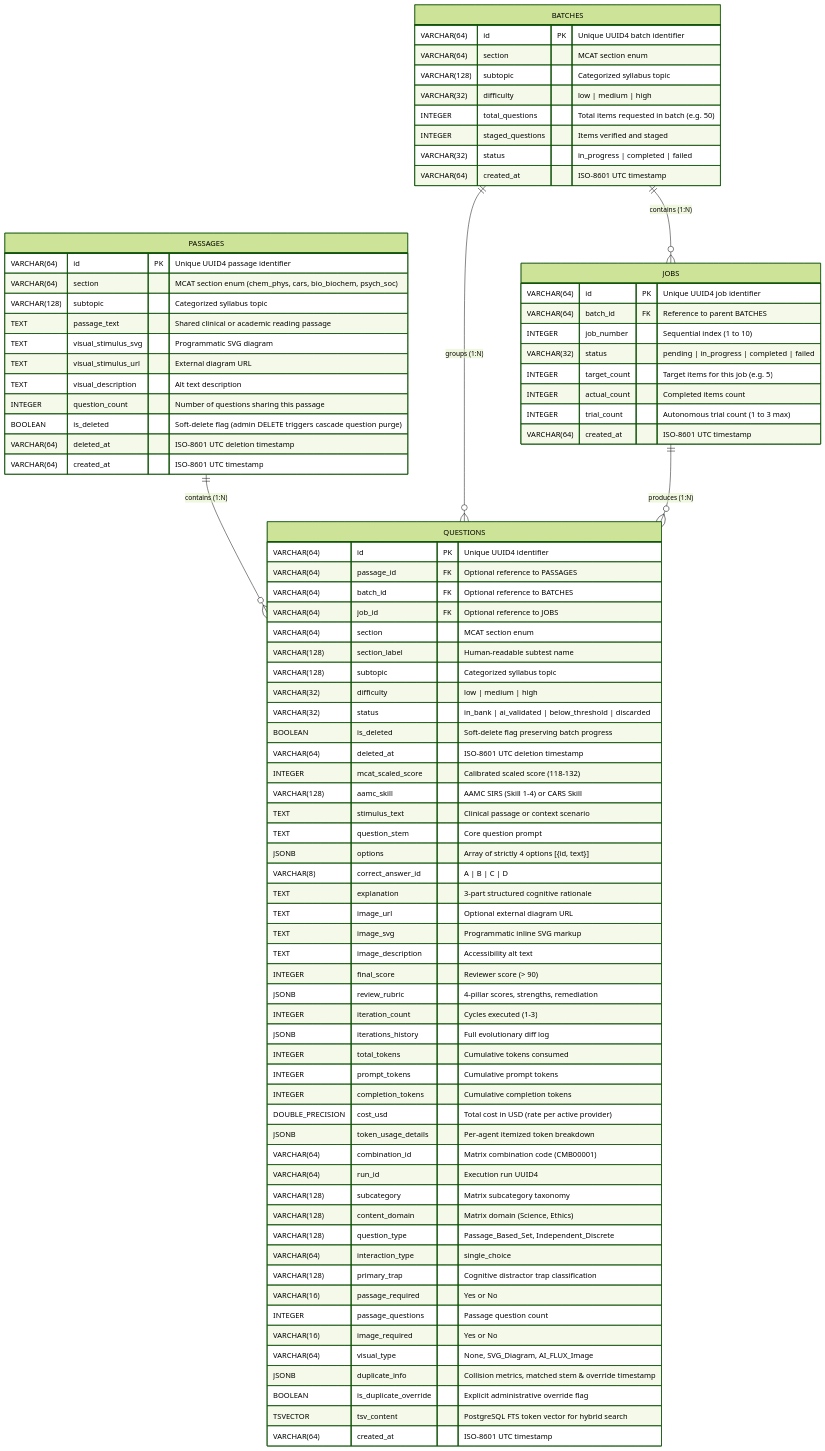
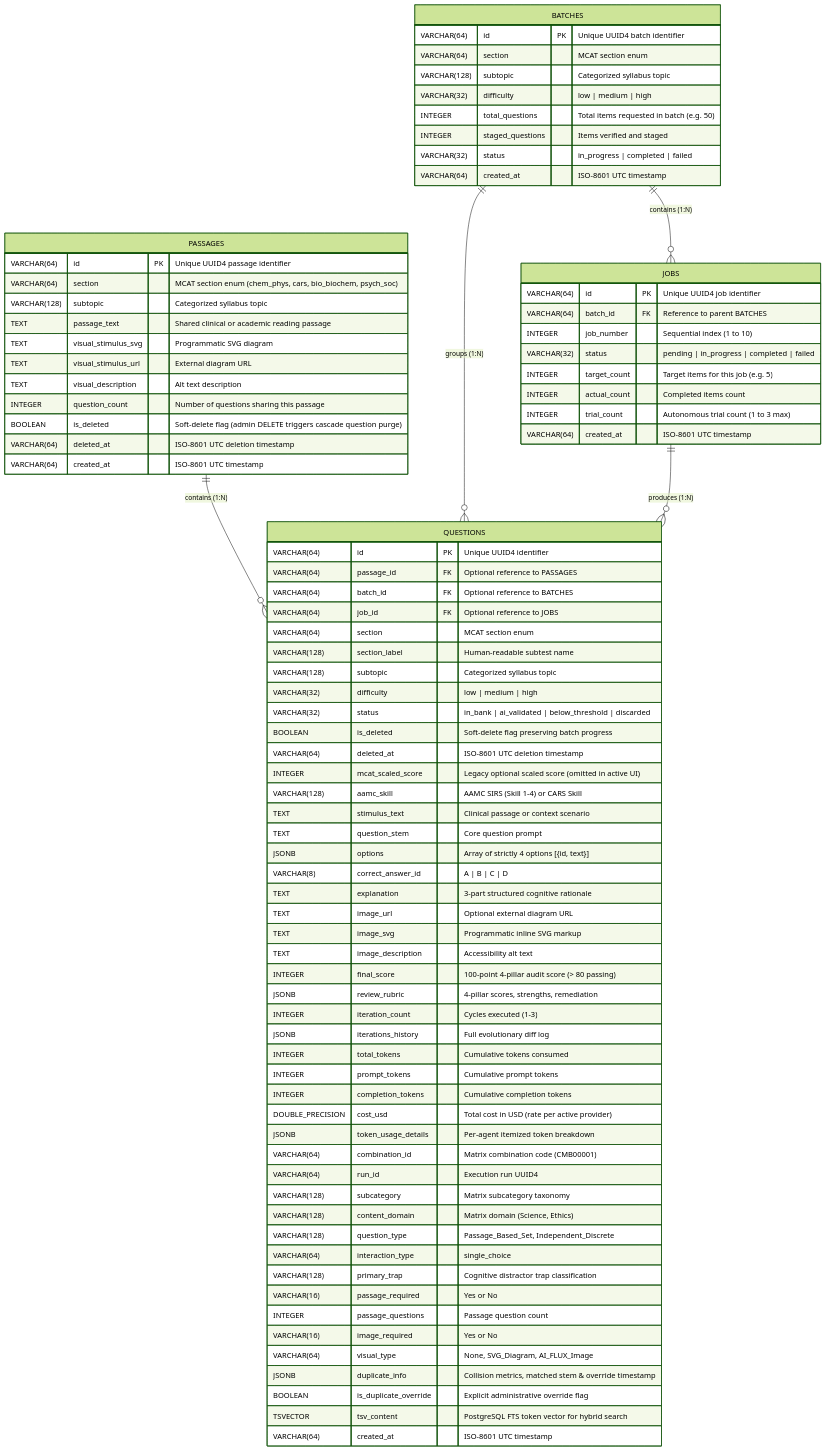
The sixth of 8 diagrams in docs/ARCHITECTURE.md (VishwamPatel-Infynno/Question-Bank-Generator), drawn with Mermaid (forest theme) before and after one commit. The commit also changed other lines of this file and 121 other files, not shown here.

First line of the commit message:
refactor: modernize architecture, add prometheus telemetry, optimize caching, and enforce 100% type purity

```diff
--- a/docs/ARCHITECTURE.md
+++ b/docs/ARCHITECTURE.md
@@ -572,7 +572,7 @@
         VARCHAR(32) status "in_bank | ai_validated | below_threshold | discarded"
         BOOLEAN is_deleted "Soft-delete flag preserving batch progress"
         VARCHAR(64) deleted_at "ISO-8601 UTC deletion timestamp"
-        INTEGER mcat_scaled_score "Calibrated scaled score (118-132)"
+        INTEGER mcat_scaled_score "Legacy optional scaled score (omitted in active UI)"
         VARCHAR(128) aamc_skill "AAMC SIRS (Skill 1-4) or CARS Skill"
         TEXT stimulus_text "Clinical passage or context scenario"
         TEXT question_stem "Core question prompt"
@@ -582,7 +582,7 @@
         TEXT image_url "Optional external diagram URL"
         TEXT image_svg "Programmatic inline SVG markup"
         TEXT image_description "Accessibility alt text"
-        INTEGER final_score "Reviewer score (> 90)"
+        INTEGER final_score "100-point 4-pillar audit score (> 80 passing)"
         JSONB review_rubric "4-pillar scores, strengths, remediation"
         INTEGER iteration_count "Cycles executed (1-3)"
         JSONB iterations_history "Full evolutionary diff log"
```
